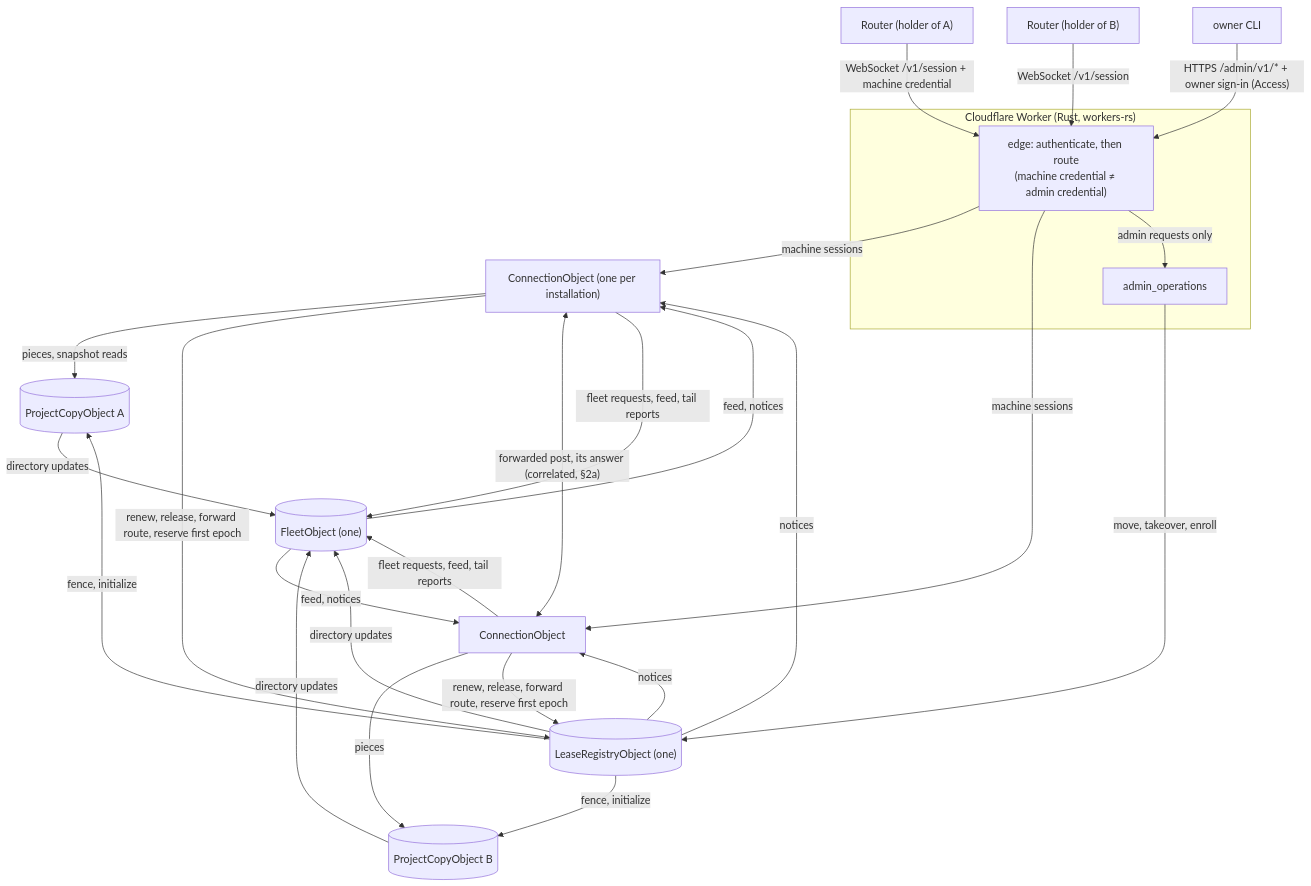
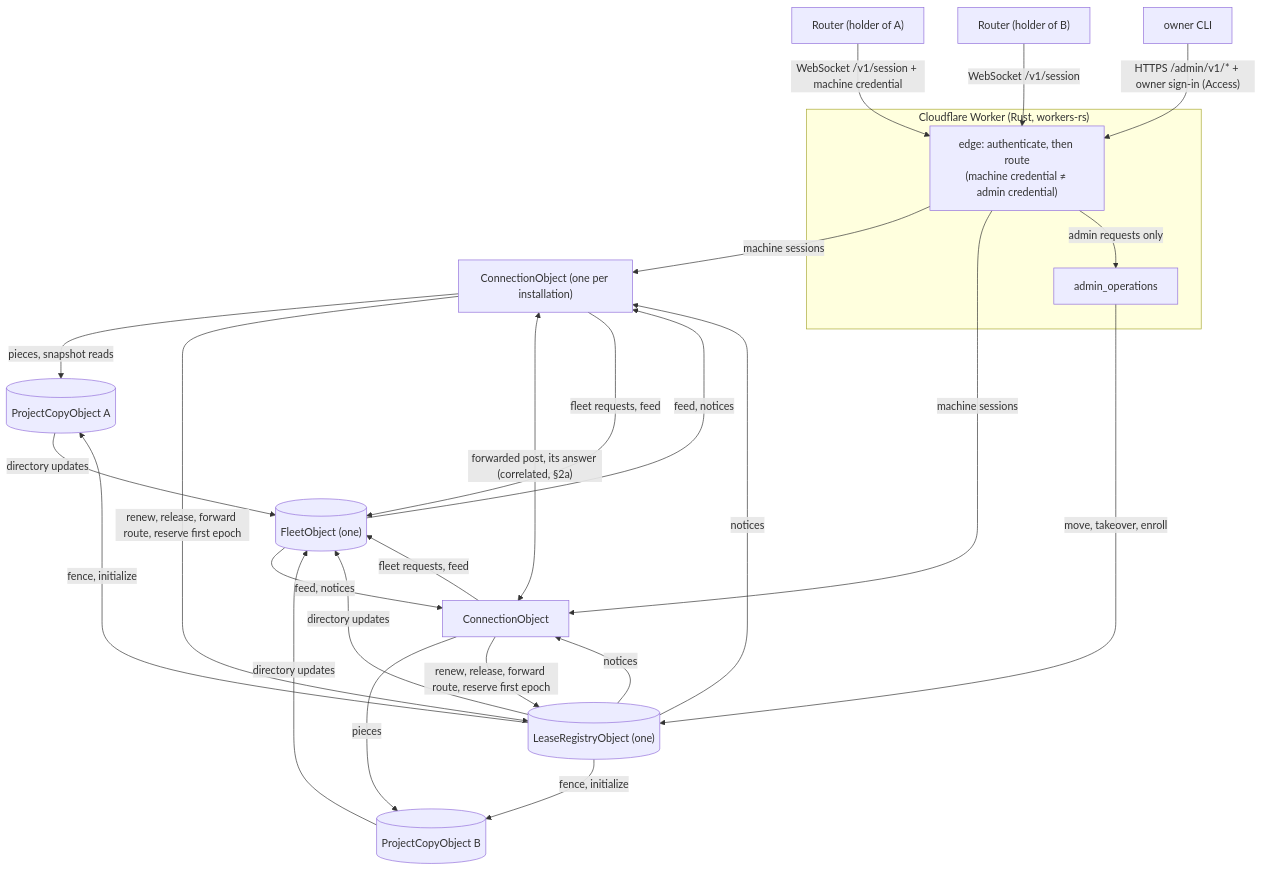
One commit to agent-collaboration/agent-collaboration changed the first of 4 diagrams in docs/specs/2026-10-04-board-orchestration-design/program-design-3-central-fleet.md. Above: the diagram before and after it, drawn with Mermaid. The commit also changed other lines of this file and 13 other files, not shown here.

````diff
--- a/docs/specs/2026-10-04-board-orchestration-design/program-design-3-central-fleet.md
+++ b/docs/specs/2026-10-04-board-orchestration-design/program-design-3-central-fleet.md
@@ -68,23 +68,23 @@
 ```mermaid
 flowchart TB
   R1["Router (holder of A)"] -- "WebSocket /v1/session + machine credential" --> EDGE
   R2["Router (holder of B)"] -- "WebSocket /v1/session" --> EDGE
   OWNER["owner CLI"] -- "HTTPS /admin/v1/* + owner sign-in (Access)" --> EDGE
   subgraph W["Cloudflare Worker (Rust, workers-rs)"]
     EDGE["edge: authenticate, then route\n(machine credential ≠ admin credential)"]
     ADMIN["admin_operations"]
   end
   EDGE -- "machine sessions" --> CO1["ConnectionObject (one per installation)"]
   EDGE -- "machine sessions" --> CO2["ConnectionObject"]
   EDGE -- "admin requests only" --> ADMIN
   CO1 -- "pieces, snapshot reads" --> PCA[("ProjectCopyObject A")]
   CO2 -- "pieces" --> PCB[("ProjectCopyObject B")]
   CO1 & CO2 -- "renew, release, forward route, reserve first epoch" --> LR[("LeaseRegistryObject (one)")]
   CO1 <-- "forwarded post, its answer (correlated, §2a)" --> CO2
-  CO1 & CO2 -- "fleet requests, feed, tail reports" --> FO[("FleetObject (one)")]
+  CO1 & CO2 -- "fleet requests, feed" --> FO[("FleetObject (one)")]
   ADMIN -- "move, takeover, enroll" --> LR
   LR -- "fence, initialize" --> PCA & PCB
   LR -- "notices" --> CO1 & CO2
   LR & PCA & PCB -- "directory updates" --> FO
   FO -- "feed, notices" --> CO1 & CO2
 ```
````
